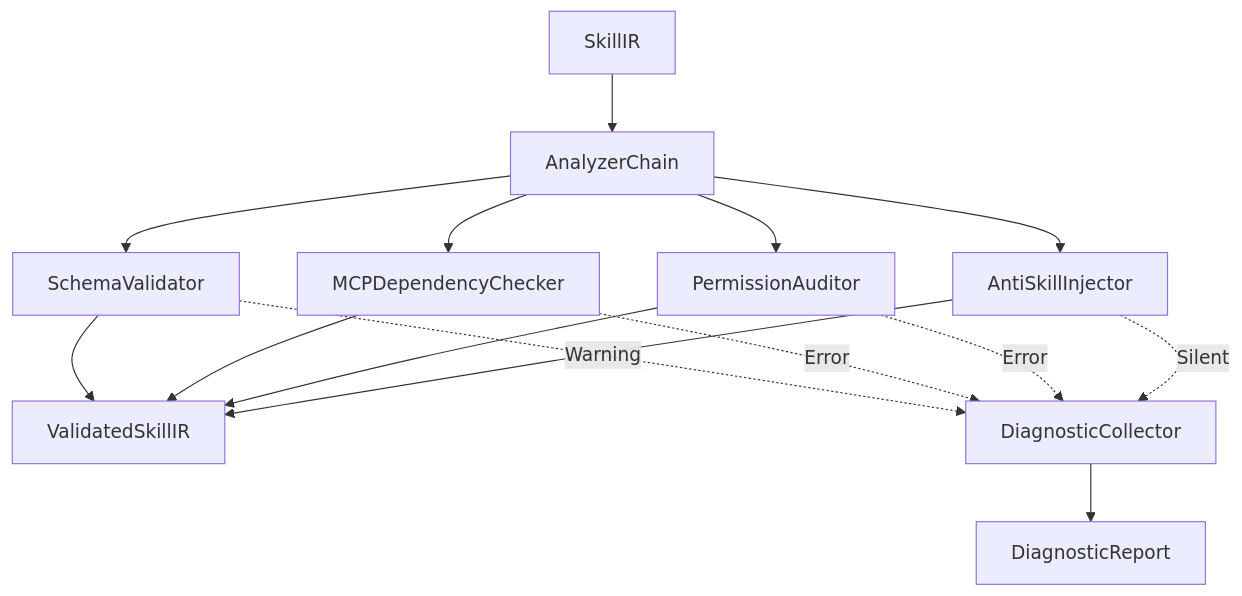
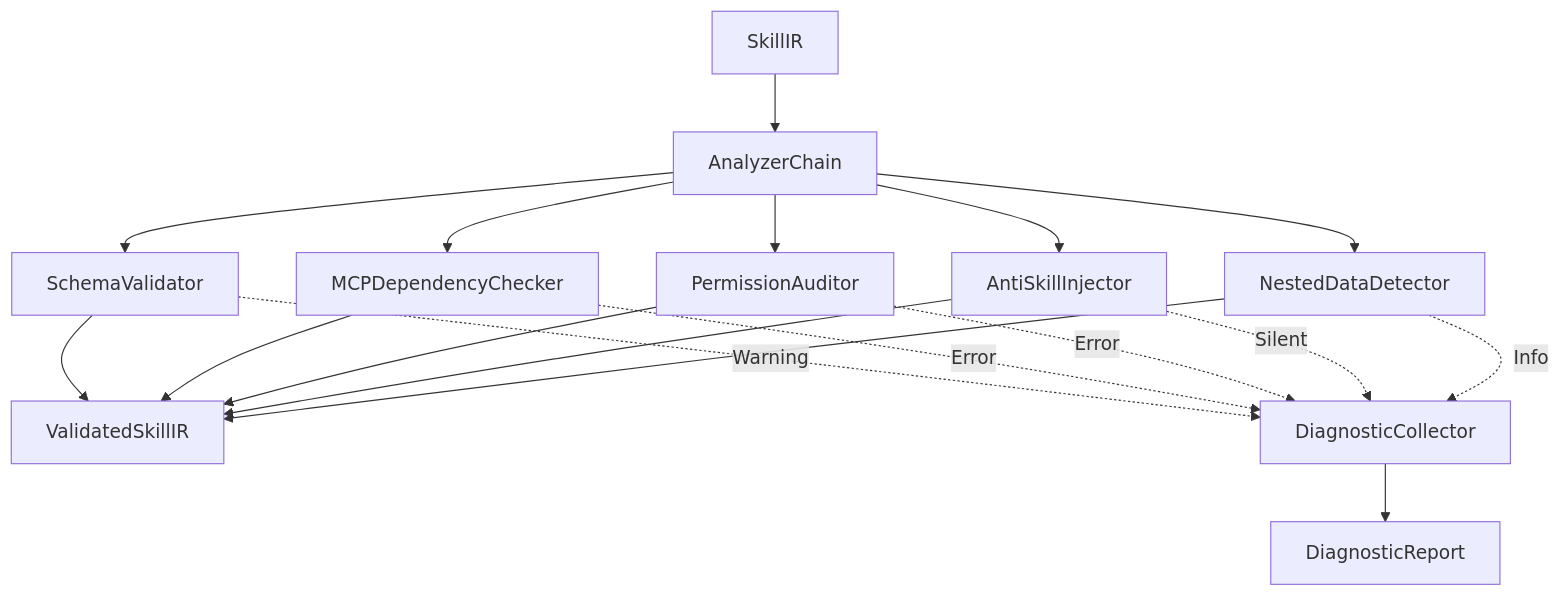
One commit to Nexa-Language/Skill-Compiler changed the second of 2 diagrams in docs/COMPILER_PIPELINE.md. Above: the diagram before and after it, drawn with Mermaid. The commit also changed other lines of this file and 21 other files, not shown here.

First line of the commit message:
:recycle: refactor(codex): pure markdown output without JSON Schema

````diff
--- a/docs/COMPILER_PIPELINE.md
+++ b/docs/COMPILER_PIPELINE.md
@@ -632,21 +668,24 @@
 ```mermaid
 graph TB
     A[SkillIR] --> B[AnalyzerChain]
     
     B --> C[SchemaValidator]
     B --> D[MCPDependencyChecker]
     B --> E[PermissionAuditor]
     B --> F[AntiSkillInjector]
+    B --> G[NestedDataDetector]
     
-    C --> G[ValidatedSkillIR]
-    D --> G
-    E --> G
-    F --> G
+    C --> H[ValidatedSkillIR]
+    D --> H
+    E --> H
+    F --> H
+    G --> H
     
-    C -.-> |Warning| H[DiagnosticCollector]
-    D -.-> |Error| H
-    E -.-> |Error| H
-    F -.-> |Silent| H
+    C -.-> |Warning| I[DiagnosticCollector]
+    D -.-> |Error| I
+    E -.-> |Error| I
+    F -.-> |Silent| I
+    G -.-> |Info| I
     
-    H --> I[DiagnosticReport]
+    I --> J[DiagnosticReport]
 ```
````
